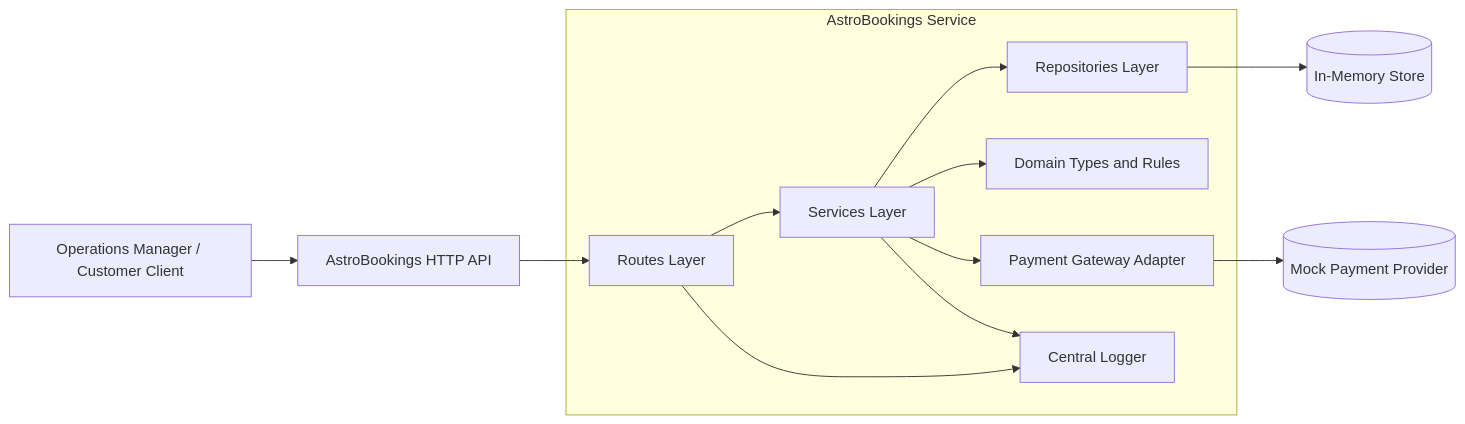
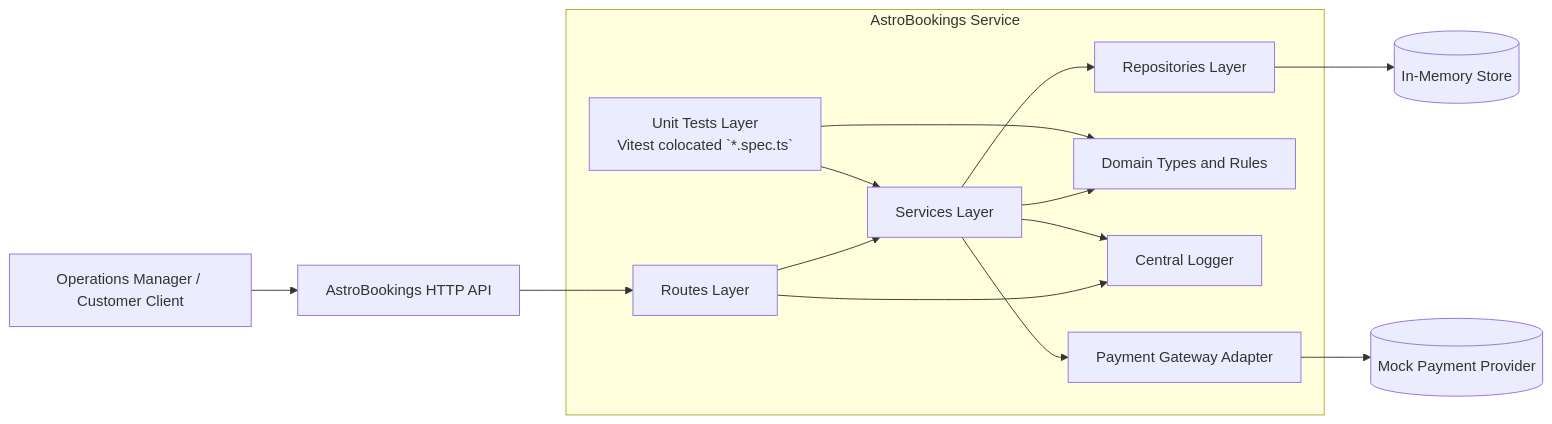
The diagram in .agents/ADD.md (jguijarro11/trainingit-astro-bookings), drawn with Mermaid before and after one commit. The commit also changed other lines of this file and 10 other files, not shown here.

Commit message:
chore: add colocated vitest unit testing setup

````diff
--- a/.agents/ADD.md
+++ b/.agents/ADD.md
@@ -42,24 +46,27 @@
 ```mermaid
 flowchart LR
     client[Operations Manager / Customer Client] --> api[AstroBookings HTTP API]
 
     subgraph service[AstroBookings Service]
       routes[Routes Layer]
       services[Services Layer]
       repos[Repositories Layer]
+      unit[Unit Tests Layer\nVitest colocated `*.spec.ts`]
       domain[Domain Types and Rules]
       logger[Central Logger]
       payment[Payment Gateway Adapter]
     end
 
     api --> routes
     routes --> services
     services --> repos
     services --> domain
     services --> payment
+    unit --> services
+    unit --> domain
     routes --> logger
     services --> logger
 
     repos --> mem[(In-Memory Store)]
     payment --> mock[(Mock Payment Provider)]
 ```
````
